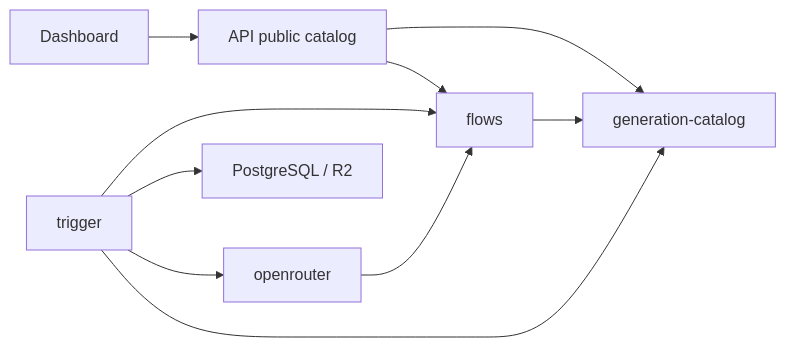
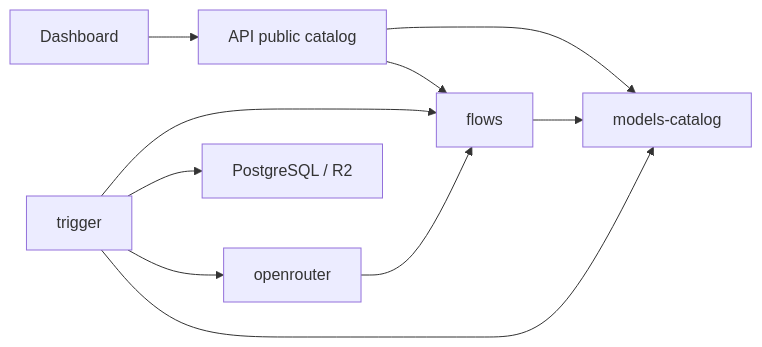
The diagram in docs/generation-runtime-simplification-plan.md (leognmotta/talelabs), drawn with Mermaid before and after one commit. The commit also changed other lines of this file, not shown here.

Commit message:
refactor(docs): rename generation-catalog to models-catalog for clarity and consistency

````diff
--- a/docs/generation-runtime-simplification-plan.md
+++ b/docs/generation-runtime-simplification-plan.md
@@ -509,12 +509,12 @@
 ```mermaid
 flowchart LR
   Dashboard["Dashboard"] --> API["API public catalog"]
-  API --> Catalog["generation-catalog"]
+  API --> Catalog["models-catalog"]
   API --> Flows["flows"]
   Flows --> Catalog
   Trigger["trigger"] --> Flows
   Trigger --> Catalog
   Trigger --> OpenRouter["openrouter"]
   OpenRouter --> Flows
   Trigger --> DB["PostgreSQL / R2"]
 ```
````
